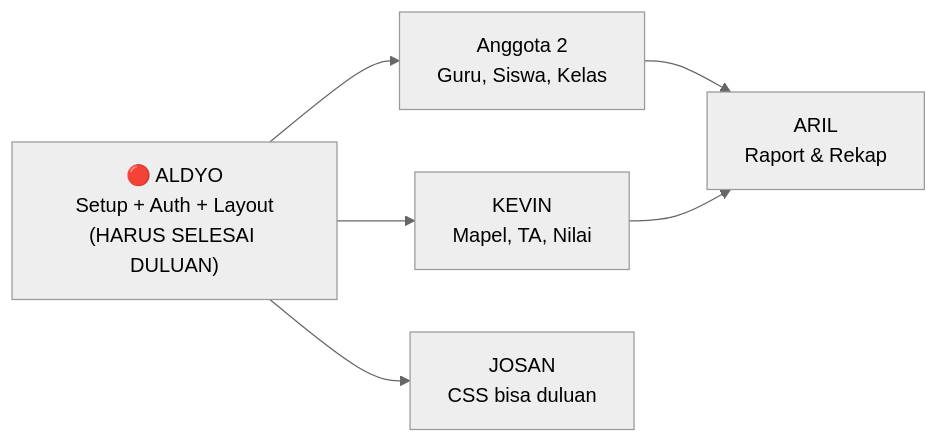
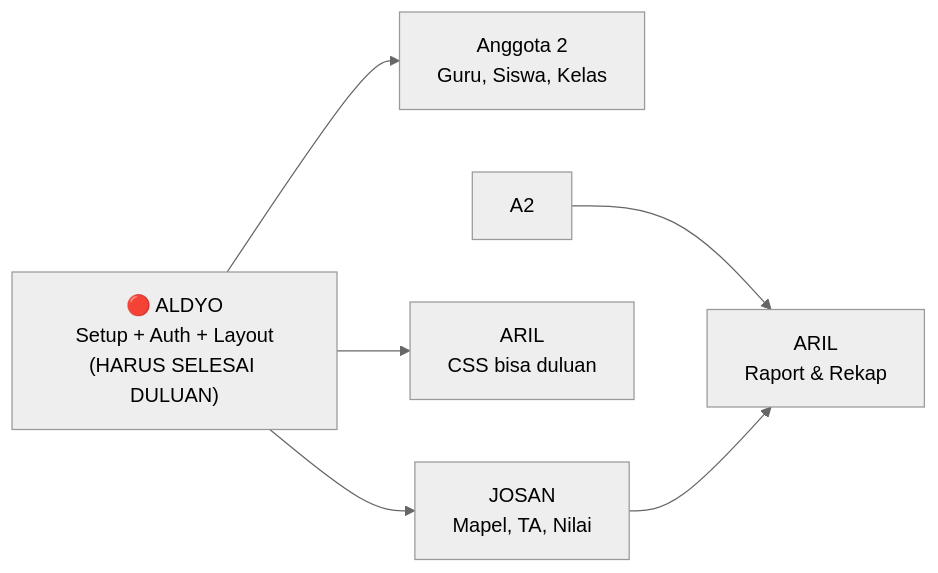
The second of 2 diagrams in Pembagian_Jobdesk.md (Aldyo-30/TR-PBP), drawn with Mermaid (neutral theme) before and after one commit.

````diff
--- a/Pembagian_Jobdesk.md
+++ b/Pembagian_Jobdesk.md
@@ -206,8 +206,8 @@
 ```mermaid
 graph LR
-    A1["🔴 ALDYO<br/>Setup + Auth + Layout<br/>(HARUS SELESAI DULUAN)"] --> A2["Anggota 2<br/>Guru, Siswa, Kelas"]
-    A1 --> A3["KEVIN<br/>Mapel, TA, Nilai"]
-    A1 --> A4["JOSAN<br/>CSS bisa duluan"]
+    A1["🔴 ALDYO<br/>Setup + Auth + Layout<br/>(HARUS SELESAI DULUAN)"] --> KEVIN["Anggota 2<br/>Guru, Siswa, Kelas"]
+    A1 --> A3["JOSAN<br/>Mapel, TA, Nilai"]
+    A1 --> A4["ARIL<br/>CSS bisa duluan"]
     A2 --> A4b["ARIL<br/>Raport & Rekap"]
     A3 --> A4b
 ```
````
